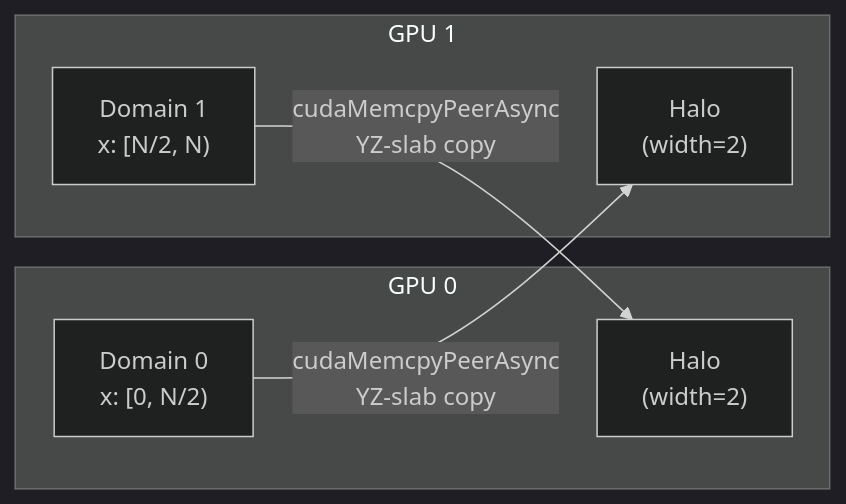
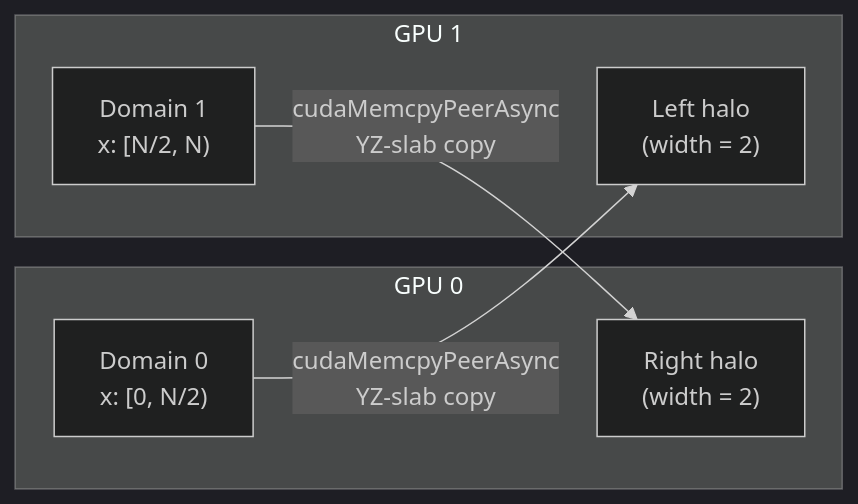
Before and after one commit to myousefi2016/Allen-Cahn-CUDA: the fourth of 4 diagrams in README.md, drawn with Mermaid (dark theme). The commit also changed other lines of this file and 3 other files, not shown here.

First line of the commit message:
Documentation: rewrite README, ARCHITECTURE, DESIGN, THEORY for full code parity

````diff
--- a/README.md
+++ b/README.md
@@ -142,15 +173,15 @@
 ```mermaid
 graph LR
-    subgraph GPU0["GPU 0"]
+    subgraph G0["GPU 0"]
         D0["Domain 0<br/>x: [0, N/2)"]
-        H0R["Halo<br/>(width=2)"]
+        H0R["Right halo<br/>(width = 2)"]
     end
 
-    subgraph GPU1["GPU 1"]
-        H1L["Halo<br/>(width=2)"]
+    subgraph G1["GPU 1"]
+        H1L["Left halo<br/>(width = 2)"]
         D1["Domain 1<br/>x: [N/2, N)"]
     end
 
     D0 -- "cudaMemcpyPeerAsync<br/>YZ-slab copy" --> H1L
     D1 -- "cudaMemcpyPeerAsync<br/>YZ-slab copy" --> H0R
 ```
````
